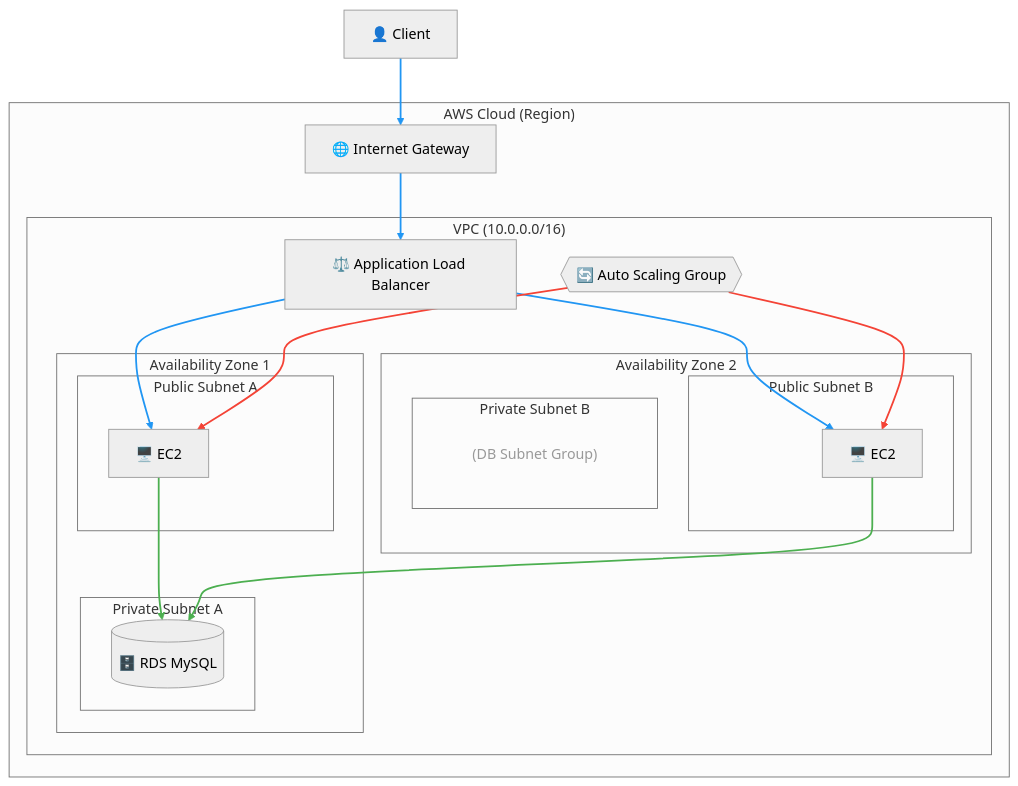
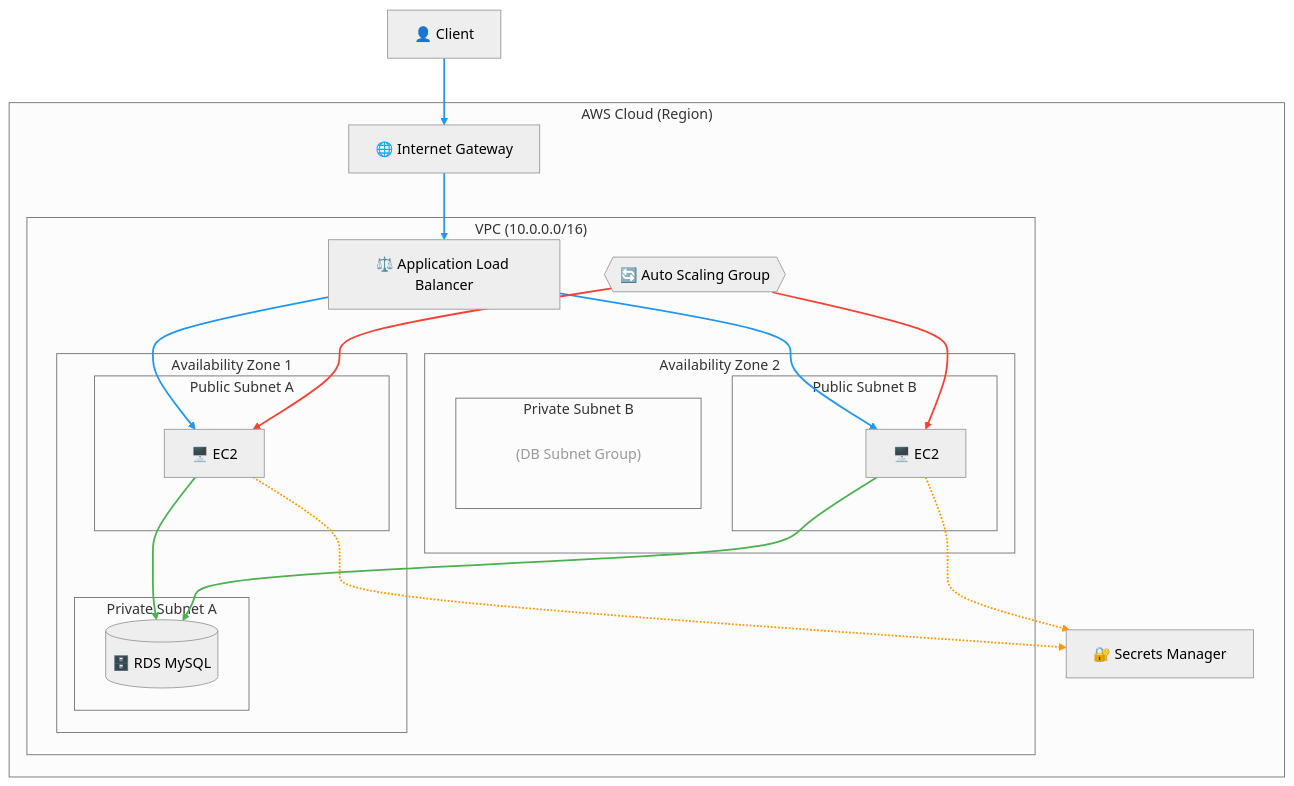
The diagram in dayX/auto-scaling-lab/README.md (haw/aws-education-hands-on), drawn with Mermaid (neutral theme) before and after one commit. The commit also changed other lines of this file, not shown here.

Commit message:
Add Secrets Manager to dayX architecture diagram

````diff
--- a/dayX/auto-scaling-lab/README.md
+++ b/dayX/auto-scaling-lab/README.md
@@ -16,45 +17,49 @@
 ```mermaid
 flowchart TB
     Client[👤 Client]
 
     subgraph AWS["AWS Cloud (Region)"]
         IGW[🌐 Internet Gateway]
+        SM[🔐 Secrets Manager]
         
         subgraph VPC["VPC (10.0.0.0/16)"]
             ALB[⚖️ Application Load Balancer]
             
             subgraph AZ1["Availability Zone 1"]
                 subgraph Public1["Public Subnet A"]
                     EC2_1[🖥️ EC2]
                 end
                 subgraph Private1["Private Subnet A"]
                     RDS[(🗄️ RDS MySQL)]
                 end
             end
             
             subgraph AZ2["Availability Zone 2"]
                 subgraph Public2["Public Subnet B"]
                     EC2_2[🖥️ EC2]
                 end
                 subgraph Private2["Private Subnet B"]
                     spacer["(DB Subnet Group)"]
                 end
             end
             
             ASG{{"🔄 Auto Scaling Group"}}
         end
     end
 
     Client --> IGW --> ALB
     ALB --> EC2_1
     ALB --> EC2_2
     EC2_1 --> RDS
     EC2_2 --> RDS
+    EC2_1 -.-> SM
+    EC2_2 -.-> SM
     ASG --> EC2_1
     ASG --> EC2_2
 
     linkStyle 0,1,2,3 stroke:#2196F3,stroke-width:2px
     linkStyle 4,5 stroke:#4CAF50,stroke-width:2px
-    linkStyle 6,7 stroke:#F44336,stroke-width:2px
+    linkStyle 6,7 stroke:#FF9800,stroke-width:2px
+    linkStyle 8,9 stroke:#F44336,stroke-width:2px
     style spacer fill:none,stroke:none,color:#999
 ```
````
